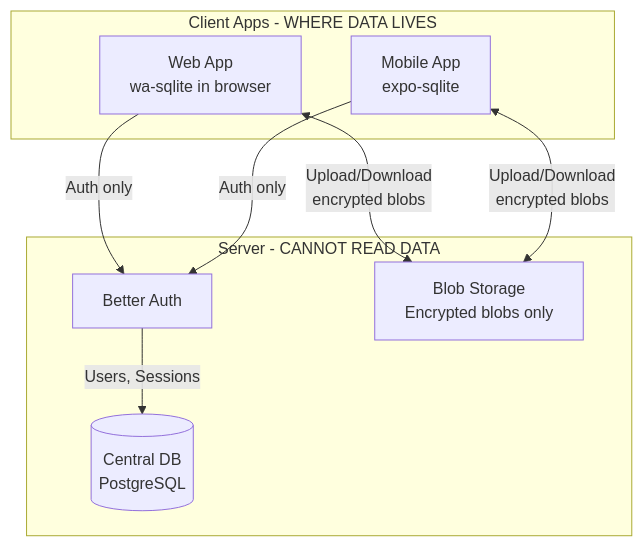
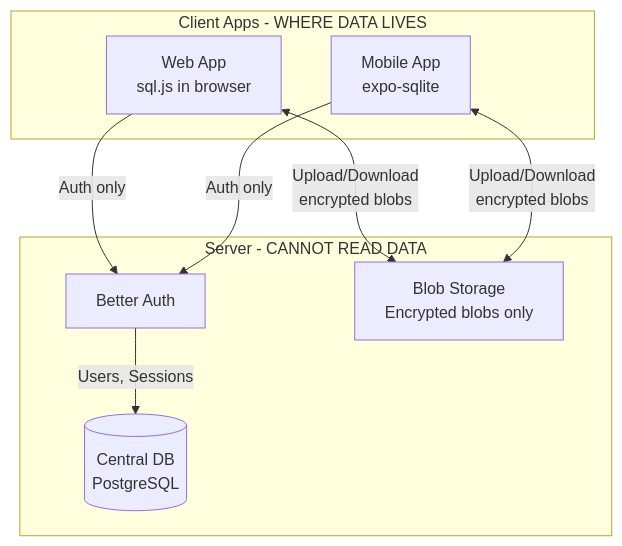
One commit to rohailaltaf/somar changed the first of 5 diagrams in docs/architecture.md. Above: the diagram before and after it, drawn with Mermaid. The commit also changed other lines of this file and 2 other files, not shown here.

````diff
--- a/docs/architecture.md
+++ b/docs/architecture.md
@@ -13,20 +13,20 @@
 ```mermaid
 flowchart TB
     subgraph clients [Client Apps - WHERE DATA LIVES]
-        WebApp[Web App<br/>wa-sqlite in browser]
+        WebApp[Web App<br/>sql.js in browser]
         MobileApp[Mobile App<br/>expo-sqlite]
     end
     
     subgraph server [Server - CANNOT READ DATA]
         BetterAuth[Better Auth]
         CentralDB[(Central DB<br/>PostgreSQL)]
         BlobStorage[Blob Storage<br/>Encrypted blobs only]
     end
     
     WebApp -->|"Auth only"| BetterAuth
     MobileApp -->|"Auth only"| BetterAuth
     BetterAuth -->|"Users, Sessions"| CentralDB
     
     WebApp <-->|"Upload/Download<br/>encrypted blobs"| BlobStorage
     MobileApp <-->|"Upload/Download<br/>encrypted blobs"| BlobStorage
 ```
````
